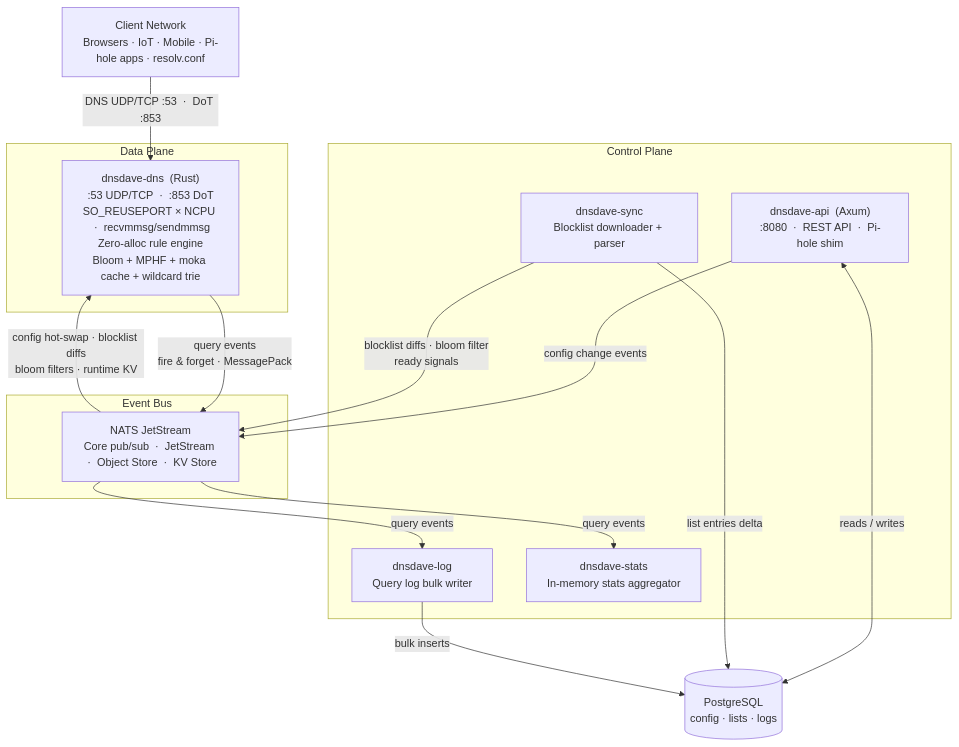
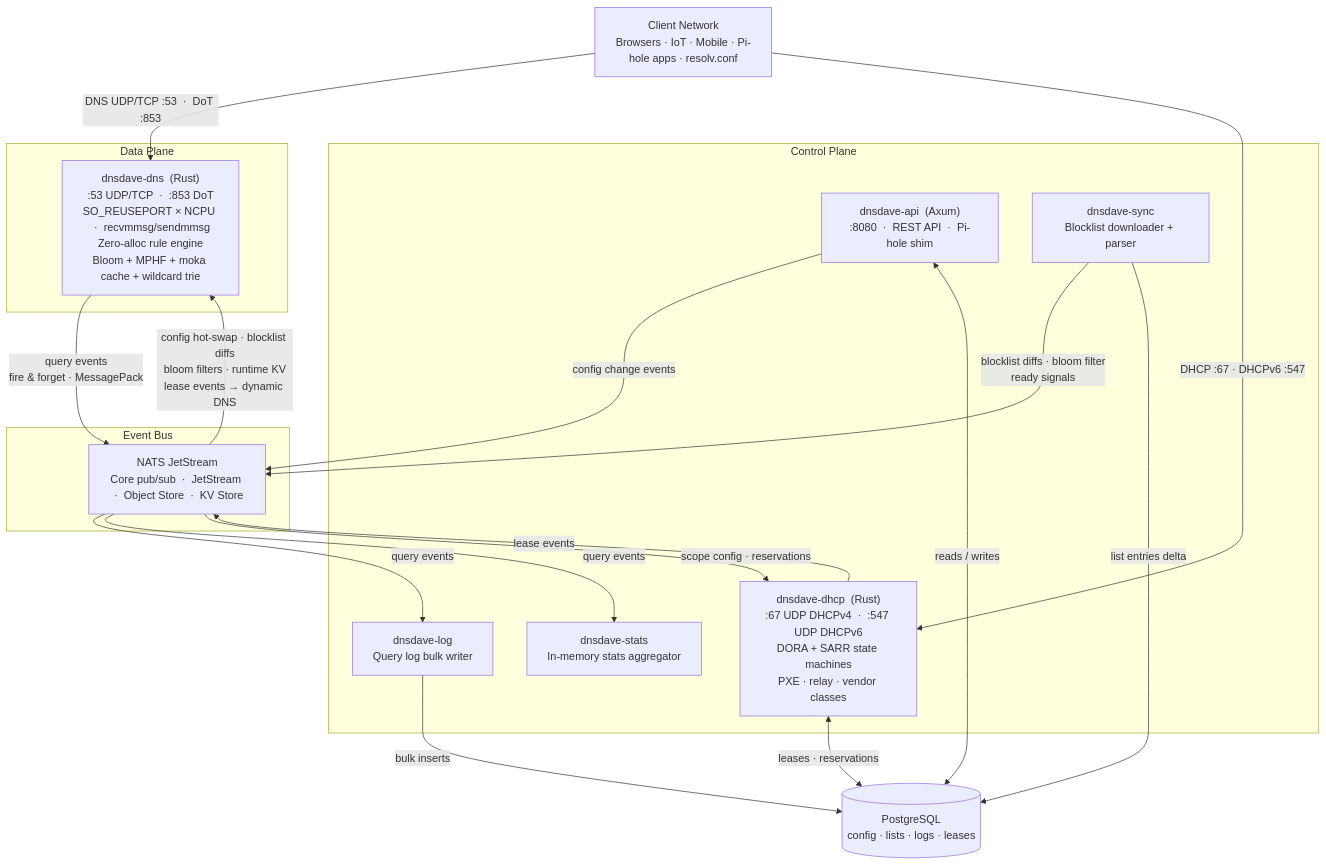
The first of 5 diagrams in DESIGN.md (my0373/dnsdave), drawn with Mermaid before and after one commit. The commit also changed other lines of this file, not shown here.

First line of the commit message:
Add first-class DHCPv4/DHCPv6 server design (Section 8)

````diff
--- a/DESIGN.md
+++ b/DESIGN.md
@@ -54,32 +55,37 @@
 ```mermaid
 graph TD
     Clients["Client Network\nBrowsers · IoT · Mobile · Pi-hole apps · resolv.conf"]
 
     subgraph DP["Data Plane"]
         DNS["dnsdave-dns  (Rust)\n:53 UDP/TCP  ·  :853 DoT\nSO_REUSEPORT × NCPU  ·  recvmmsg/sendmmsg\nZero-alloc rule engine\nBloom + MPHF + moka cache + wildcard trie"]
     end
 
     subgraph EB["Event Bus"]
         NATS["NATS JetStream\nCore pub/sub  ·  JetStream  ·  Object Store  ·  KV Store"]
     end
 
     subgraph CP["Control Plane"]
         API["dnsdave-api  (Axum)\n:8080  ·  REST API  ·  Pi-hole shim"]
         SYNC["dnsdave-sync\nBlocklist downloader + parser"]
         LOG["dnsdave-log\nQuery log bulk writer"]
         STATS["dnsdave-stats\nIn-memory stats aggregator"]
+        DHCP["dnsdave-dhcp  (Rust)\n:67 UDP DHCPv4  ·  :547 UDP DHCPv6\nDORA + SARR state machines\nPXE · relay · vendor classes"]
     end
 
-    PG[("PostgreSQL\nconfig · lists · logs")]
+    PG[("PostgreSQL\nconfig · lists · logs · leases")]
 
     Clients -->|"DNS UDP/TCP :53  ·  DoT :853"| DNS
+    Clients -->|"DHCP :67  ·  DHCPv6 :547"| DHCP
     DNS -->|"query events\nfire & forget · MessagePack"| NATS
-    NATS -->|"config hot-swap · blocklist diffs\nbloom filters · runtime KV"| DNS
+    NATS -->|"config hot-swap · blocklist diffs\nbloom filters · runtime KV\nlease events → dynamic DNS"| DNS
     API -->|"config change events"| NATS
     NATS -->|"query events"| LOG
     NATS -->|"query events"| STATS
     SYNC -->|"blocklist diffs · bloom filter\nready signals"| NATS
+    DHCP -->|"lease events"| NATS
+    NATS -->|"scope config · reservations"| DHCP
     API <-->|"reads / writes"| PG
     SYNC -->|"list entries delta"| PG
     LOG -->|"bulk inserts"| PG
+    DHCP <-->|"leases · reservations"| PG
 ```
````
